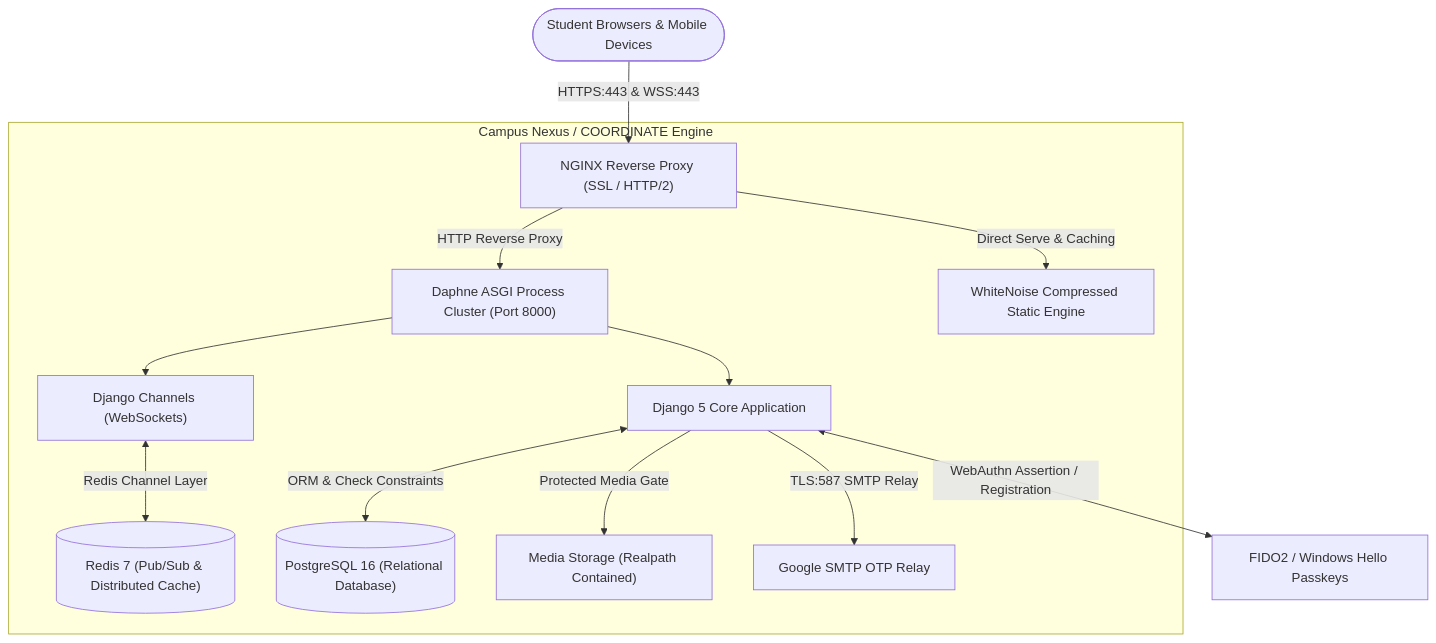
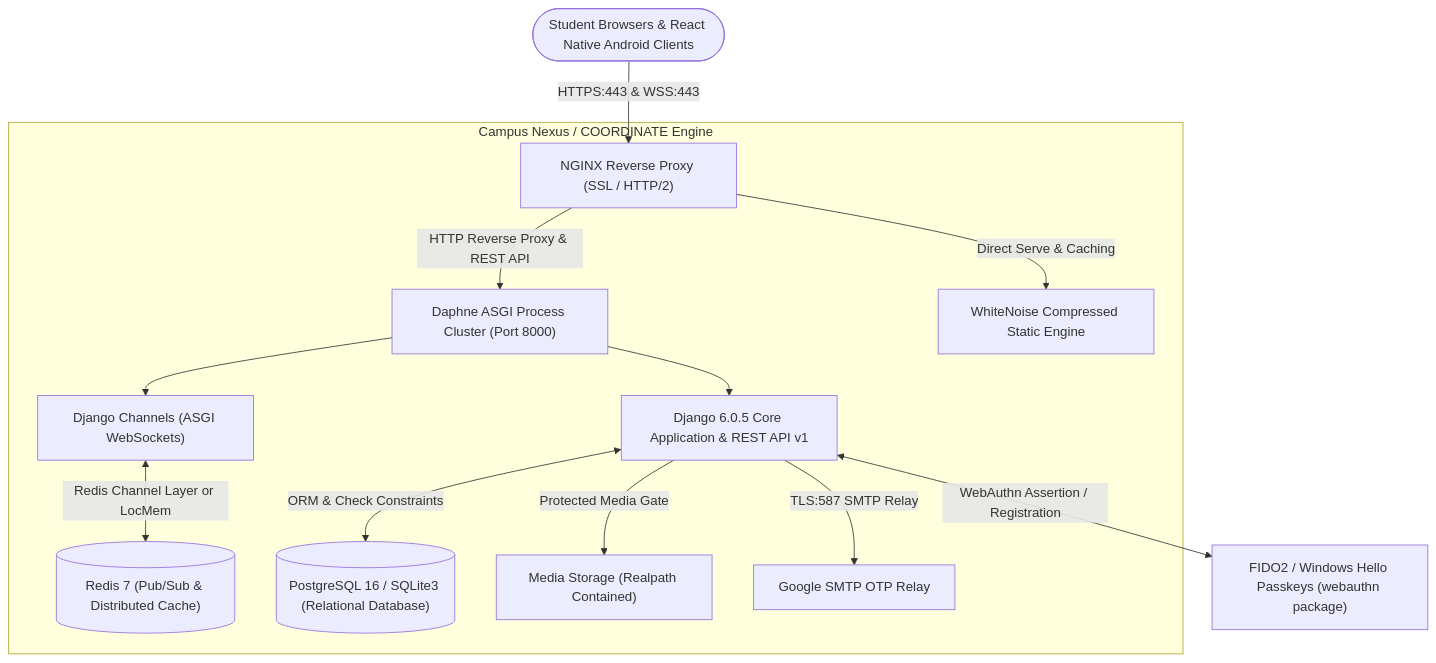
Before and after one commit to Abdus-Samad-Saiyed/COORDINATE: the diagram in README.md, drawn with Mermaid. The commit also changed other lines of this file and 23 other files, not shown here.

Commit message:
feat(core): align deployment contract, add setup utility, enable production dual-db, and support react native

````diff
--- a/README.md
+++ b/README.md
@@ -32,20 +34,20 @@
 ```mermaid
 flowchart TD
-    Client(["Student Browsers & Mobile Devices"]) -->|HTTPS:443 & WSS:443| NGINX["NGINX Reverse Proxy (SSL / HTTP/2)"]
+    Client(["Student Browsers & React Native Android Clients"]) -->|HTTPS:443 & WSS:443| NGINX["NGINX Reverse Proxy (SSL / HTTP/2)"]
     
     subgraph CorePlatform ["Campus Nexus / COORDINATE Engine"]
-        NGINX -->|HTTP Reverse Proxy| Daphne["Daphne ASGI Process Cluster (Port 8000)"]
+        NGINX -->|HTTP Reverse Proxy & REST API| Daphne["Daphne ASGI Process Cluster (Port 8000)"]
         NGINX -->|Direct Serve & Caching| WhiteNoise["WhiteNoise Compressed Static Engine"]
         
-        Daphne --> Django["Django 5 Core Application"]
-        Daphne --> Channels["Django Channels (WebSockets)"]
+        Daphne --> Django["Django 6.0.5 Core Application & REST API v1"]
+        Daphne --> Channels["Django Channels (ASGI WebSockets)"]
         
-        Channels <-->|Redis Channel Layer| Redis[("Redis 7 (Pub/Sub & Distributed Cache)")]
-        Django <-->|ORM & Check Constraints| Postgres[("PostgreSQL 16 (Relational Database)")]
+        Channels <-->|Redis Channel Layer or LocMem| Redis[("Redis 7 (Pub/Sub & Distributed Cache)")]
+        Django <-->|ORM & Check Constraints| Postgres[("PostgreSQL 16 / SQLite3 (Relational Database)")]
         
         Django -->|Protected Media Gate| MediaStorage["Media Storage (Realpath Contained)"]
         Django -->|TLS:587 SMTP Relay| MailRelay["Google SMTP OTP Relay"]
     end
 
-    Django <-->|WebAuthn Assertion / Registration| FIDO2["FIDO2 / Windows Hello Passkeys"]
+    Django <-->|WebAuthn Assertion / Registration| FIDO2["FIDO2 / Windows Hello Passkeys (webauthn package)"]
 ```
````
